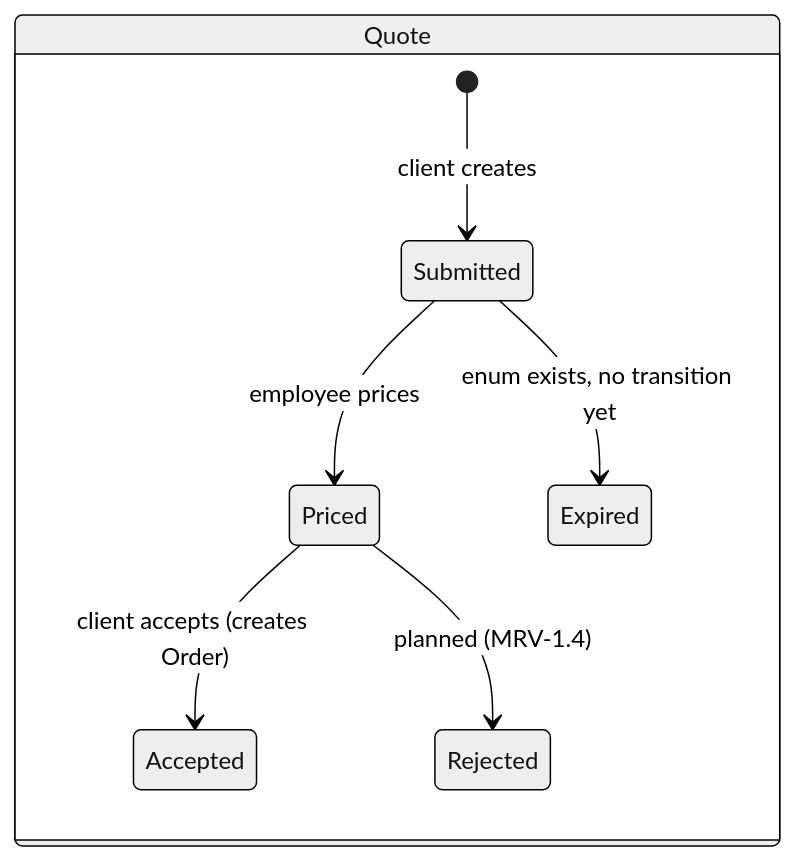
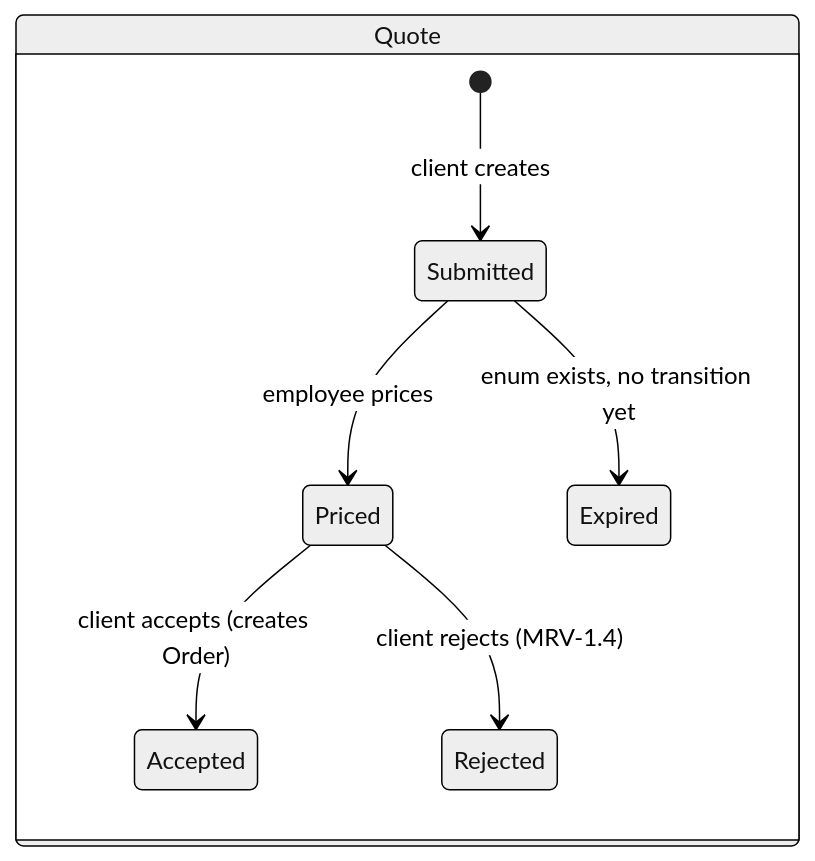
One commit to GucciVanin/MarviWebsite changed the fourth of 12 diagrams in architecture.md. Above: the diagram before and after it, drawn with Mermaid (neutral theme). The commit also changed other lines of this file and 11 other files, not shown here.

First line of the commit message:
MRV-1.4: a customer can reject a priced quote

````diff
--- a/architecture.md
+++ b/architecture.md
@@ -185,11 +185,11 @@
 ```mermaid
 stateDiagram-v2
     direction LR
     state "Quote" as Q {
         [*] --> Submitted: client creates
         Submitted --> Priced: employee prices
         Priced --> Accepted: client accepts (creates Order)
-        Priced --> Rejected: planned (MRV-1.4)
+        Priced --> Rejected: client rejects (MRV-1.4)
         Submitted --> Expired: enum exists, no transition yet
     }
 ```
````
